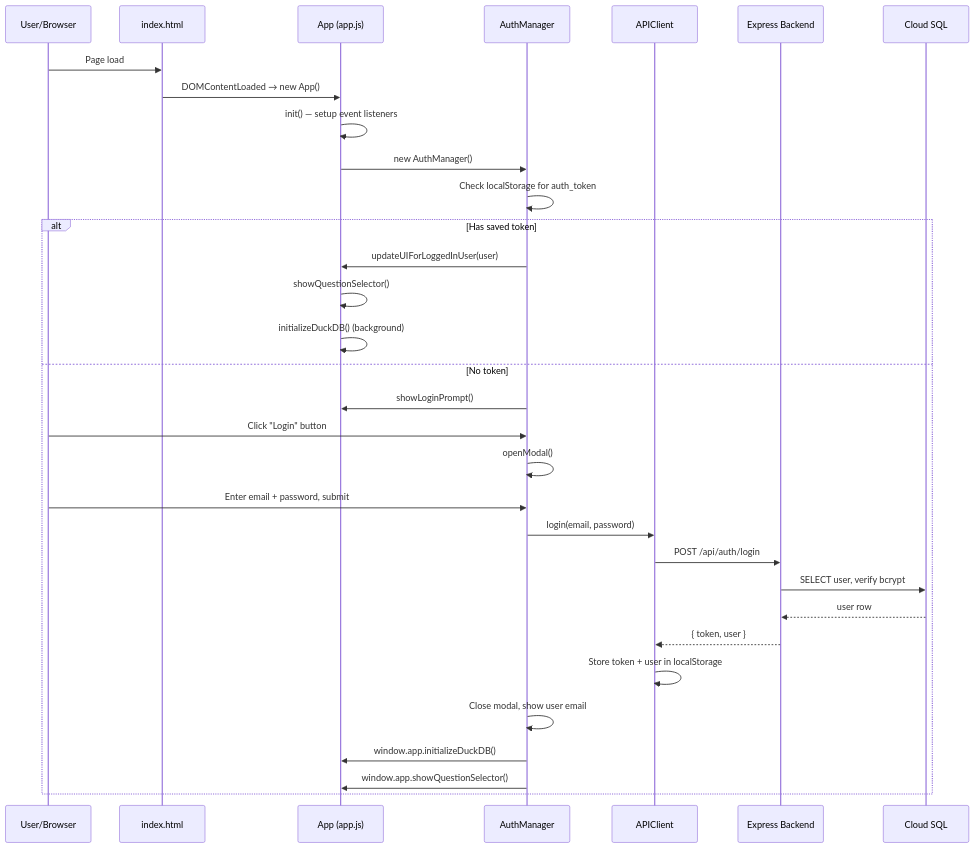
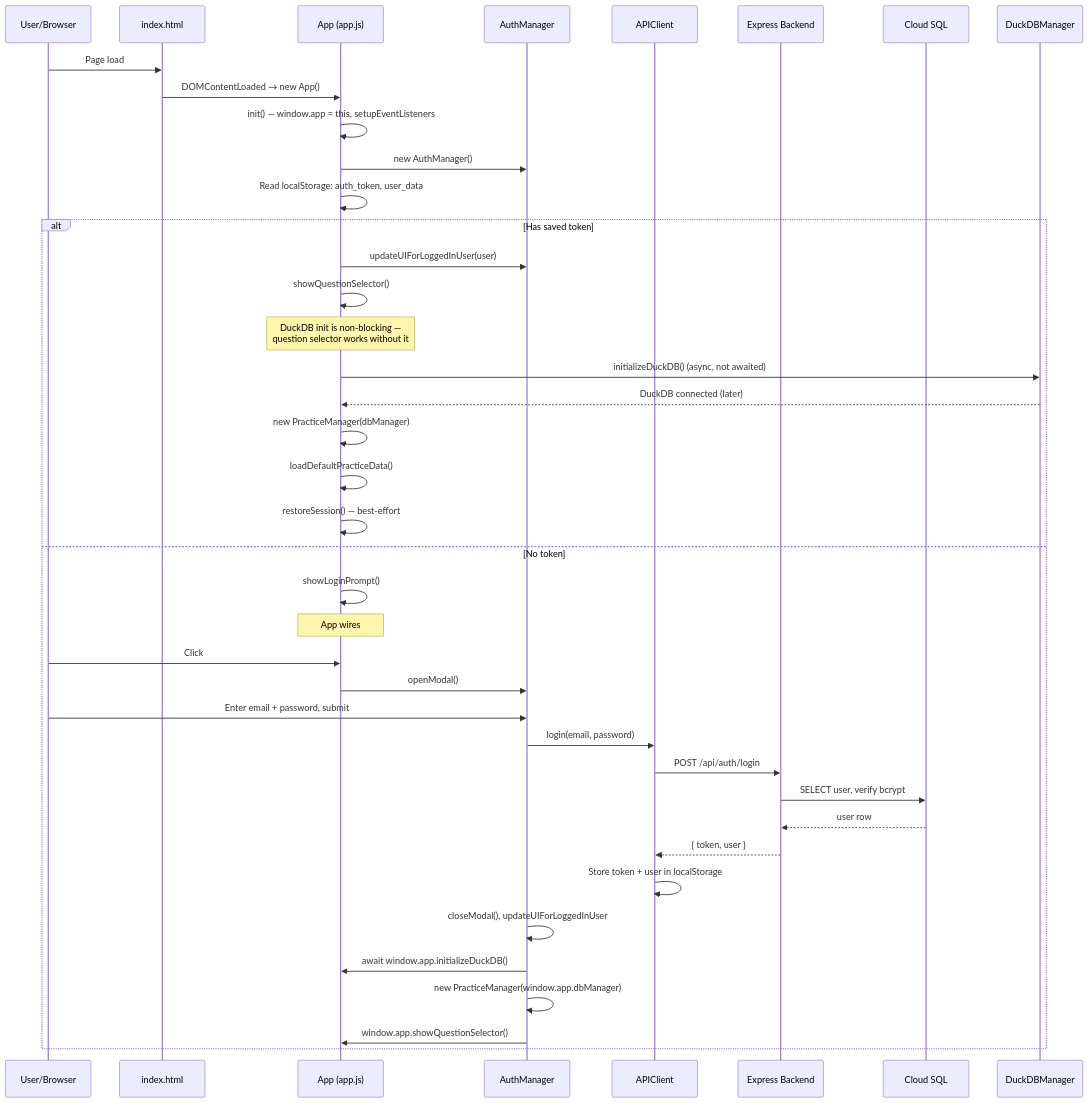
Before and after one commit to prateekpanjla-outlook/duckdb-wasm-ide: the first of 7 diagrams in docs/sequence-diagram.md, drawn with Mermaid. The commit also changed other lines of this file, not shown here.

First line of the commit message:
docs: align sequence diagrams with current code

````diff
--- a/docs/sequence-diagram.md
+++ b/docs/sequence-diagram.md
@@ -5,36 +5,44 @@
 ```mermaid
 sequenceDiagram
     participant U as User/Browser
     participant HTML as index.html
     participant App as App (app.js)
     participant Auth as AuthManager
     participant API as APIClient
     participant BE as Express Backend
     participant DB as Cloud SQL
+    participant DM as DuckDBManager
 
     U->>HTML: Page load
     HTML->>App: DOMContentLoaded → new App()
-    App->>App: init() — setup event listeners
+    App->>App: init() — window.app = this, setupEventListeners
     App->>Auth: new AuthManager()
-    Auth->>Auth: Check localStorage for auth_token
+    App->>App: Read localStorage: auth_token, user_data
 
     alt Has saved token
-        Auth->>App: updateUIForLoggedInUser(user)
+        App->>Auth: updateUIForLoggedInUser(user)
         App->>App: showQuestionSelector()
-        App->>App: initializeDuckDB() (background)
+        Note over App: DuckDB init is non-blocking —<br/>question selector works without it
+        App->>DM: initializeDuckDB() (async, not awaited)
+        DM-->>App: DuckDB connected (later)
+        App->>App: new PracticeManager(dbManager)
+        App->>App: loadDefaultPracticeData()
+        App->>App: restoreSession() — best-effort
     else No token
-        Auth->>App: showLoginPrompt()
-        U->>Auth: Click "Login" button
-        Auth->>Auth: openModal()
+        App->>App: showLoginPrompt()
+        Note over App: App wires #loginPromptBtn click → authManager.openModal()
+        U->>App: Click #loginPromptBtn
+        App->>Auth: openModal()
         U->>Auth: Enter email + password, submit
         Auth->>API: login(email, password)
         API->>BE: POST /api/auth/login
         BE->>DB: SELECT user, verify bcrypt
         DB-->>BE: user row
         BE-->>API: { token, user }
         API->>API: Store token + user in localStorage
-        Auth->>Auth: Close modal, show user email
-        Auth->>App: window.app.initializeDuckDB()
+        Auth->>Auth: closeModal(), updateUIForLoggedInUser
+        Auth->>App: await window.app.initializeDuckDB()
+        Auth->>Auth: new PracticeManager(window.app.dbManager)
         Auth->>App: window.app.showQuestionSelector()
     end
 ```
````
